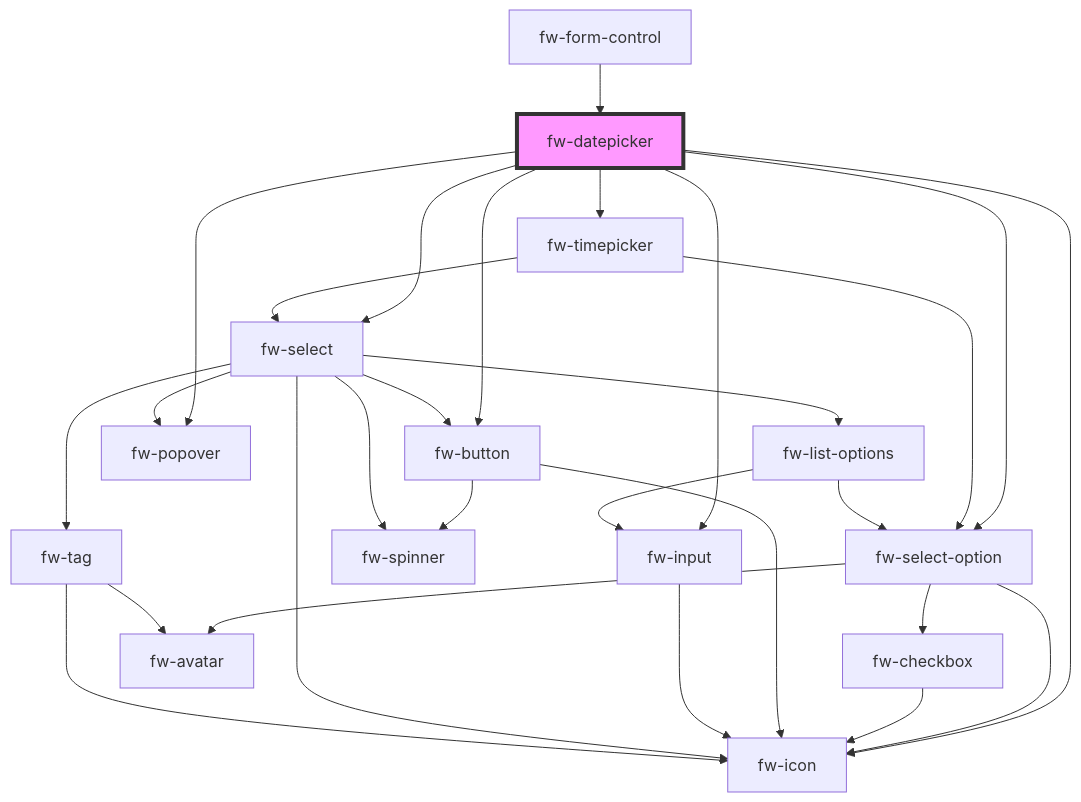
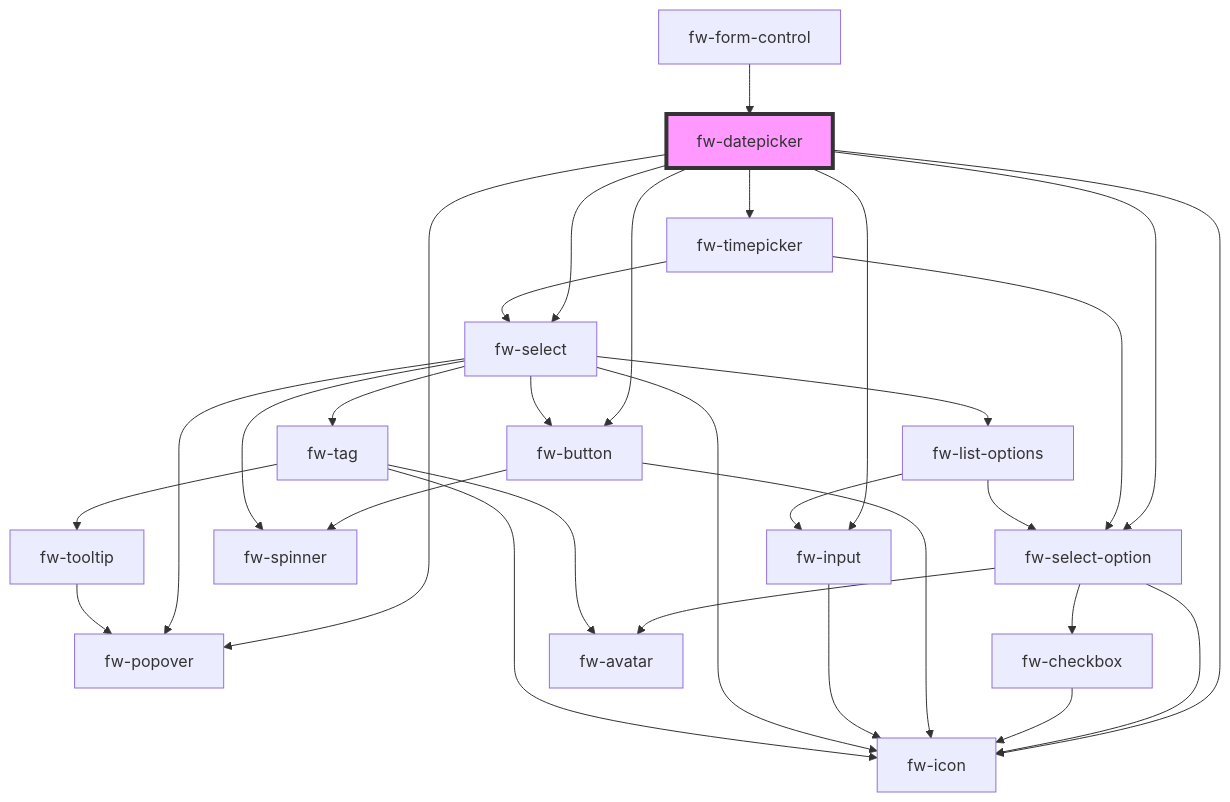
Before and after one commit to freshworks/crayons: the diagram in packages/crayons-core/src/components/datepicker/readme.md, drawn with Mermaid. The commit also changed 5 other files, not shown here.

````diff
--- a/packages/crayons-core/src/components/datepicker/readme.md
+++ b/packages/crayons-core/src/components/datepicker/readme.md
@@ -308,31 +308,33 @@
 ```mermaid
 graph TD;
   fw-datepicker --> fw-select-option
   fw-datepicker --> fw-button
   fw-datepicker --> fw-input
   fw-datepicker --> fw-timepicker
   fw-datepicker --> fw-popover
   fw-datepicker --> fw-icon
   fw-datepicker --> fw-select
   fw-select-option --> fw-icon
   fw-select-option --> fw-checkbox
   fw-select-option --> fw-avatar
   fw-checkbox --> fw-icon
   fw-button --> fw-spinner
   fw-button --> fw-icon
   fw-input --> fw-icon
   fw-timepicker --> fw-select
   fw-timepicker --> fw-select-option
   fw-select --> fw-tag
   fw-select --> fw-popover
   fw-select --> fw-button
   fw-select --> fw-spinner
   fw-select --> fw-icon
   fw-select --> fw-list-options
+  fw-tag --> fw-tooltip
   fw-tag --> fw-avatar
   fw-tag --> fw-icon
+  fw-tooltip --> fw-popover
   fw-list-options --> fw-select-option
   fw-list-options --> fw-input
   fw-form-control --> fw-datepicker
   style fw-datepicker fill:#f9f,stroke:#333,stroke-width:4px
 ```
````
